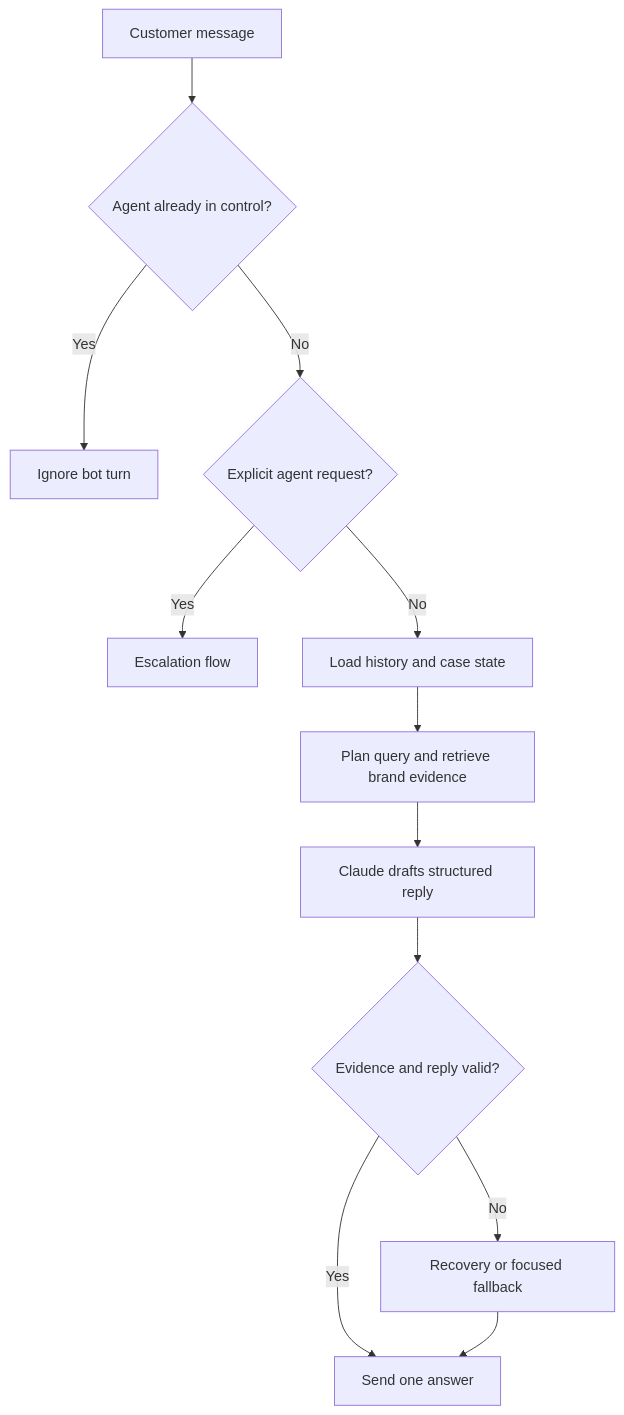
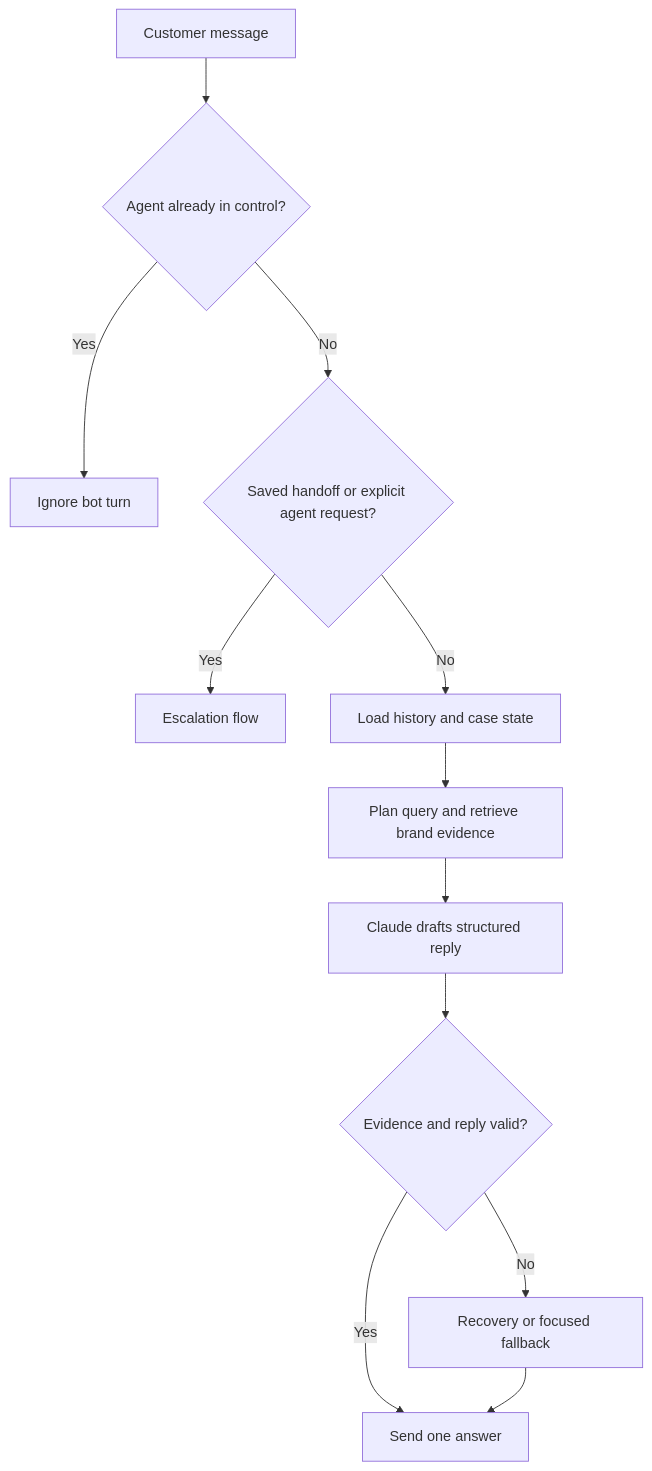
Before and after one commit to iadarshrawat/zendesk-chat-bot: the third of 9 diagrams in docs/FLOWS.md, drawn with Mermaid. The commit also changed other lines of this file and 41 other files, not shown here.

````diff
--- a/docs/FLOWS.md
+++ b/docs/FLOWS.md
@@ -38,14 +38,14 @@
 ```mermaid
 flowchart TD
     A[Customer message] --> B{Agent already in control?}
     B -- Yes --> C[Ignore bot turn]
-    B -- No --> D{Explicit agent request?}
+    B -- No --> D{Saved handoff or explicit agent request?}
     D -- Yes --> E[Escalation flow]
     D -- No --> F[Load history and case state]
     F --> G[Plan query and retrieve brand evidence]
     G --> H[Claude drafts structured reply]
     H --> I{Evidence and reply valid?}
     I -- Yes --> J[Send one answer]
     I -- No --> K[Recovery or focused fallback]
     K --> J
 ```
````
